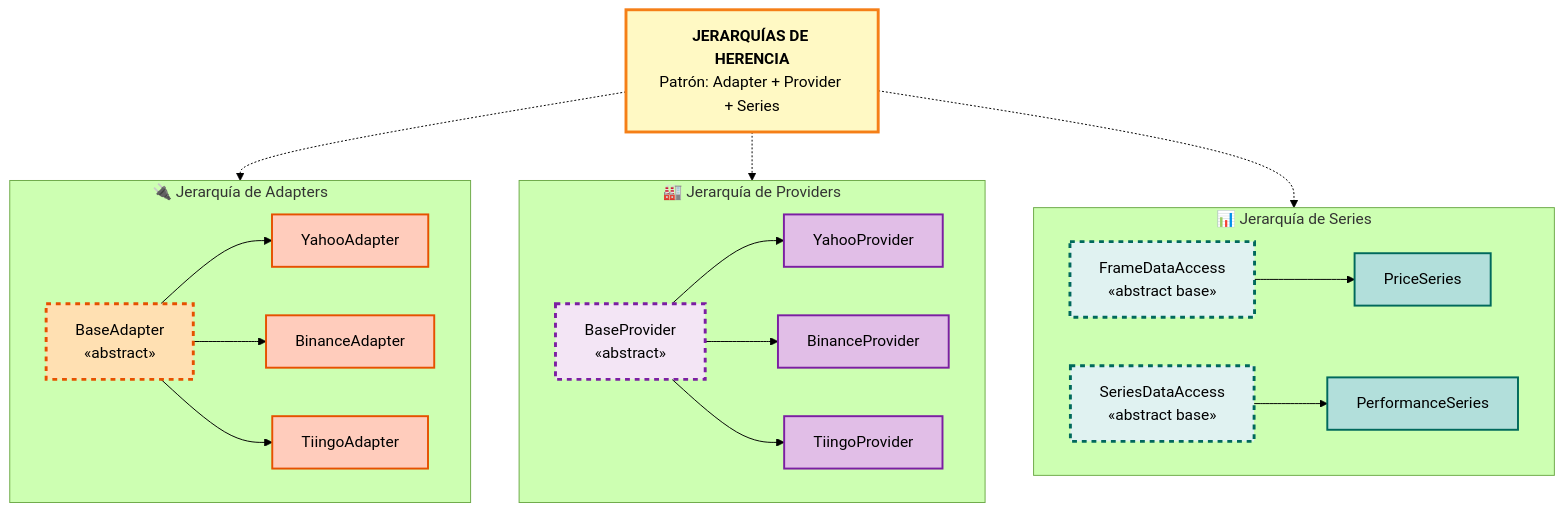
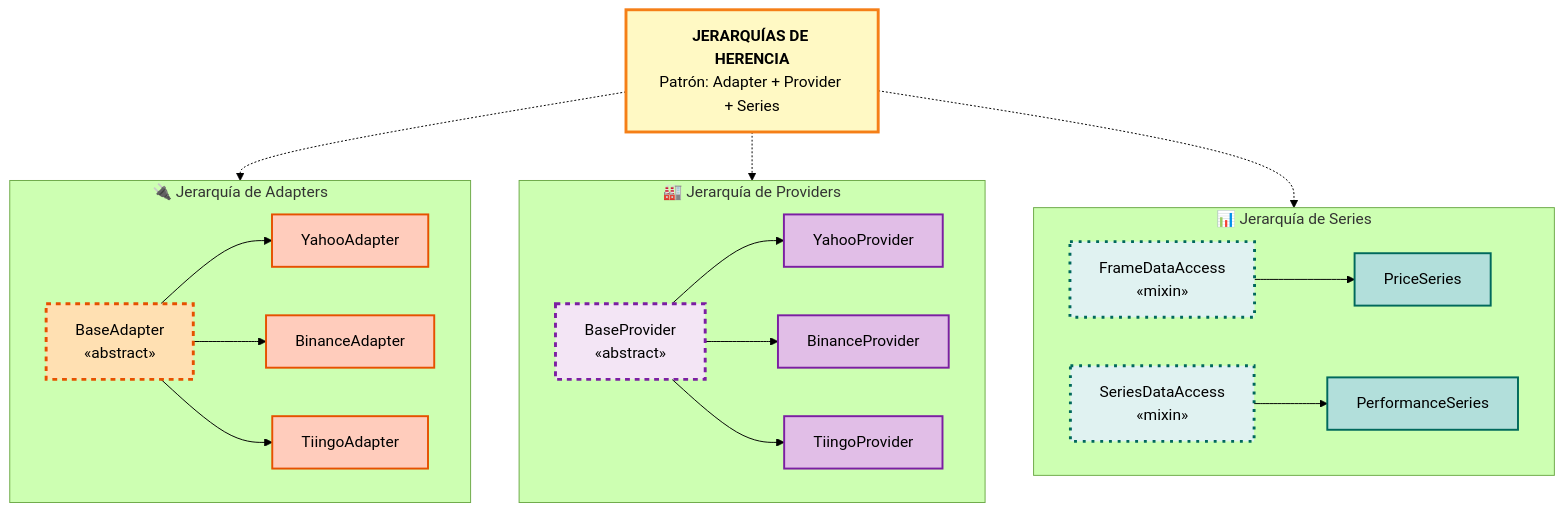
The first of 2 diagrams in docs/DIAGRAMAS.md (AlejandroGCN/analizador-bursatil), drawn with Mermaid (forest theme) before and after one commit. The commit also changed other lines of this file and 1 other file, not shown here.

Commit message:
Document optional data cleaning and series mixins

````diff
--- a/docs/DIAGRAMAS.md
+++ b/docs/DIAGRAMAS.md
@@ -11,69 +11,69 @@
 ```mermaid
 graph TB
     %% ============================================
     %% DIAGRAMA 1: JERARQUÍAS DE HERENCIA
     %% Muestra solo las herencias de forma clara
     %% ============================================
     
     TITLE["<b>JERARQUÍAS DE HERENCIA</b><br/>Patrón: Adapter + Provider + Series"]
     
     subgraph HIER1["🔌 Jerarquía de Adapters"]
         BA["BaseAdapter<br/>«abstract»"]
         
         YA[YahooAdapter]
         BIA[BinanceAdapter]
         TIA[TiingoAdapter]
         
         BA --> YA
         BA --> BIA
         BA --> TIA
     end
     
     subgraph HIER2["🏭 Jerarquía de Providers"]
         BP["BaseProvider<br/>«abstract»"]
         
         YP[YahooProvider]
         BIP[BinanceProvider]
         TIP[TiingoProvider]
         
         BP --> YP
         BP --> BIP
         BP --> TIP
     end
     
     subgraph HIER3["📊 Jerarquía de Series"]
-        FMIX["FrameDataAccess<br/>«abstract base»"]
-        SMIX["SeriesDataAccess<br/>«abstract base»"]
+        FMIX["FrameDataAccess<br/>«mixin»"]
+        SMIX["SeriesDataAccess<br/>«mixin»"]
         
         PS[PriceSeries]
         PERF[PerformanceSeries]
         
         FMIX --> PS
         SMIX --> PERF
     end
     
     TITLE -.-> HIER1 & HIER2 & HIER3
     
     %% ESTILOS
     style TITLE fill:#fff9c4,stroke:#f57f17,stroke-width:3px,color:#000
     
     %% Clases abstractas
     style BA fill:#ffe0b2,stroke:#e65100,stroke-width:3px,stroke-dasharray: 5 5
     style BP fill:#f3e5f5,stroke:#7b1fa2,stroke-width:3px,stroke-dasharray: 5 5
-    style FMIX fill:#e0f2f1,stroke:#00695c,stroke-width:3px,stroke-dasharray: 5 5
-    style SMIX fill:#e0f2f1,stroke:#00695c,stroke-width:3px,stroke-dasharray: 5 5
+    style FMIX fill:#e0f2f1,stroke:#00695c,stroke-width:3px,stroke-dasharray: 3 6
+    style SMIX fill:#e0f2f1,stroke:#00695c,stroke-width:3px,stroke-dasharray: 3 6
     
     %% Adapters concretos
     style YA fill:#ffccbc,stroke:#e65100,stroke-width:2px
     style BIA fill:#ffccbc,stroke:#e65100,stroke-width:2px
     style TIA fill:#ffccbc,stroke:#e65100,stroke-width:2px
     
     %% Providers concretos
     style YP fill:#e1bee7,stroke:#7b1fa2,stroke-width:2px
     style BIP fill:#e1bee7,stroke:#7b1fa2,stroke-width:2px
     style TIP fill:#e1bee7,stroke:#7b1fa2,stroke-width:2px
     
     %% Series concretas
     style PS fill:#b2dfdb,stroke:#00695c,stroke-width:2px
     style PERF fill:#b2dfdb,stroke:#00695c,stroke-width:2px
 ```
````
